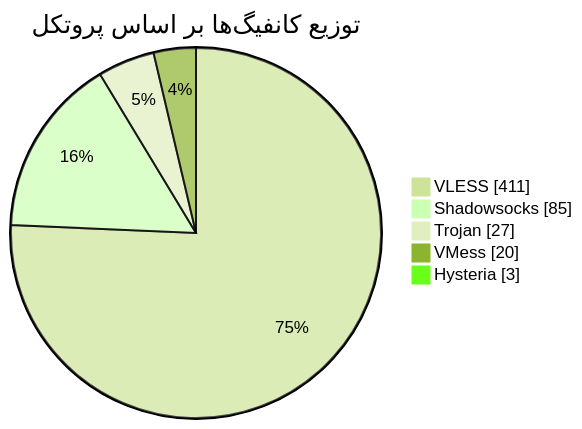
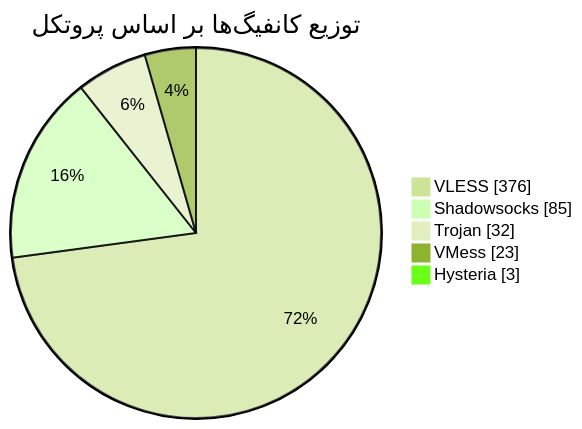
Before and after one commit to Arian-Alijani/Somthing: the diagram in README.md, drawn with Mermaid (forest theme). The commit also changed other lines of this file and 65 other files, not shown here.

````diff
--- a/README.md
+++ b/README.md
@@ -47,9 +47,9 @@
 ```mermaid
 pie showData
     title توزیع کانفیگ‌ها بر اساس پروتکل
-    "VLESS" : 411
+    "VLESS" : 376
     "Shadowsocks" : 85
-    "Trojan" : 27
-    "VMess" : 20
+    "Trojan" : 32
+    "VMess" : 23
     "Hysteria" : 3
 ```
````
